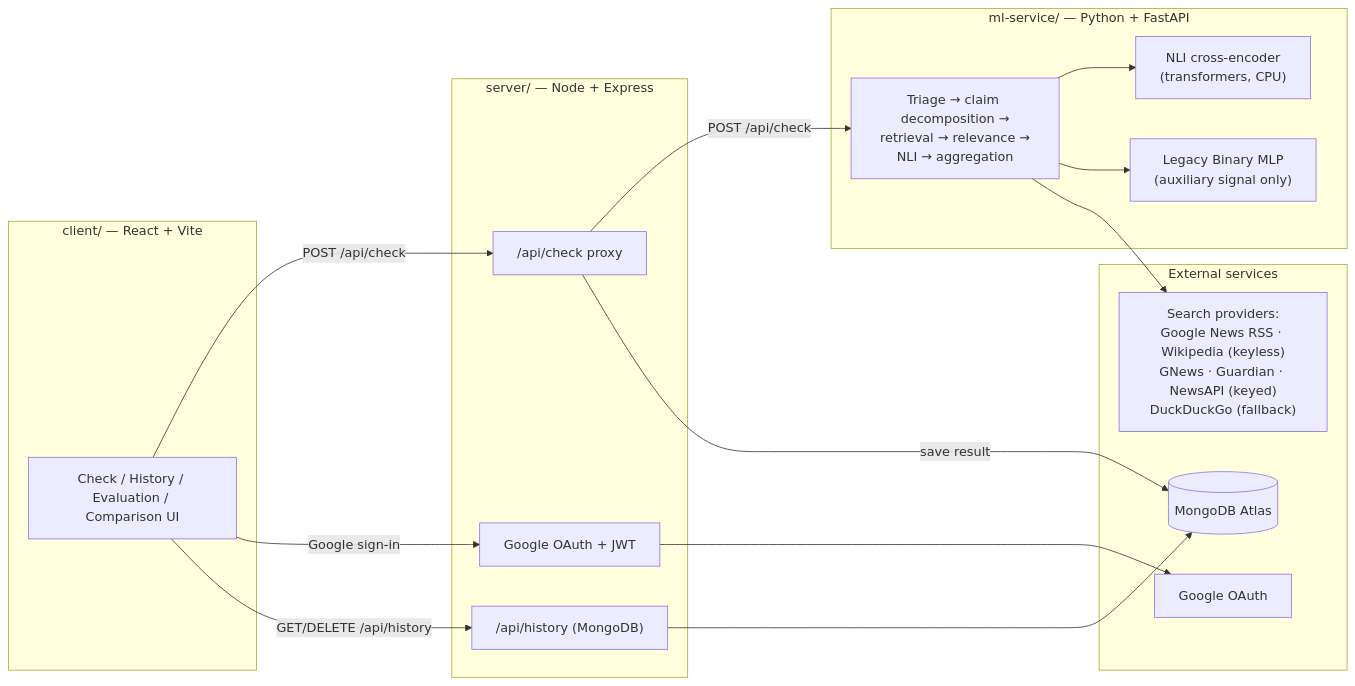
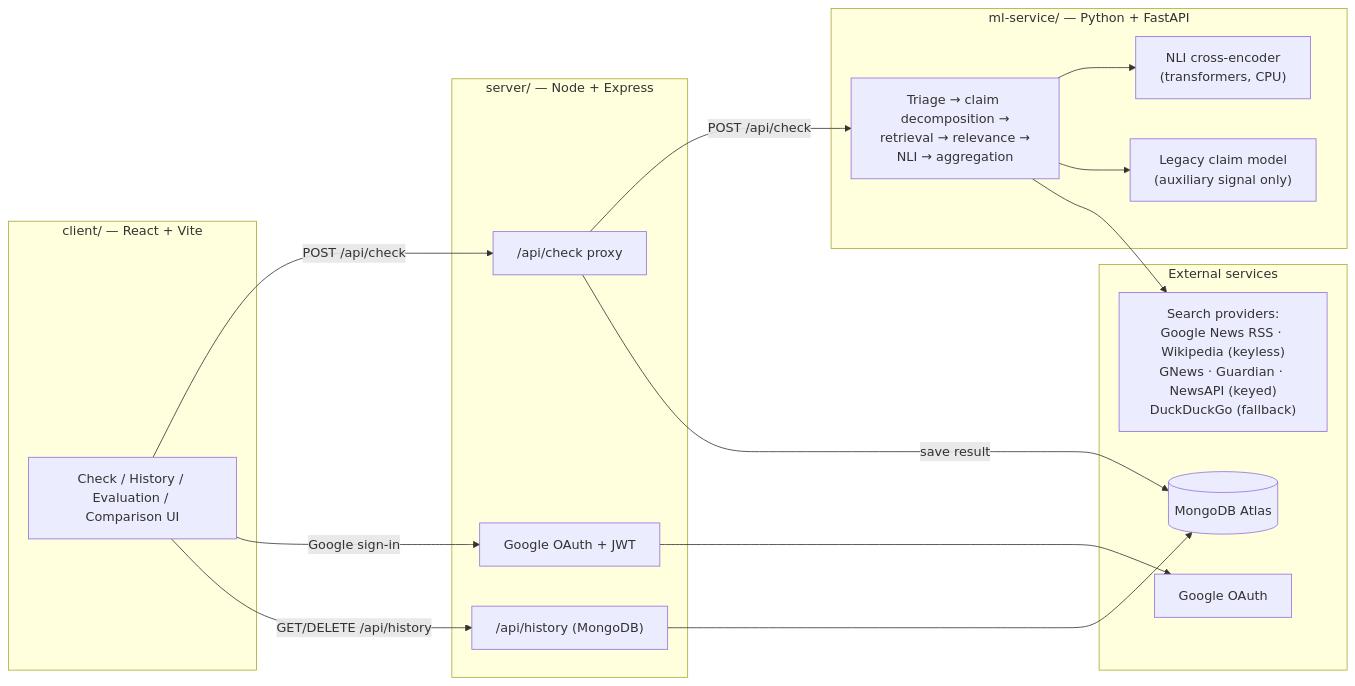
The first of 2 diagrams in README.md (Shoaib1M/News-Checker), drawn with Mermaid before and after one commit. The commit also changed other lines of this file and 16 other files, not shown here.

````diff
--- a/README.md
+++ b/README.md
@@ -100,32 +100,32 @@
 ```mermaid
 flowchart LR
     subgraph Client["client/ — React + Vite"]
         UI[Check / History / Evaluation / Comparison UI]
     end
     subgraph Server["server/ — Node + Express"]
         Auth["Google OAuth + JWT"]
         Proxy["/api/check proxy"]
         History["/api/history (MongoDB)"]
     end
     subgraph ML["ml-service/ — Python + FastAPI"]
         Pipeline["Triage → claim decomposition →<br/>retrieval → relevance →<br/>NLI → aggregation"]
         NLIModel["NLI cross-encoder<br/>(transformers, CPU)"]
-        Legacy["Legacy Binary MLP<br/>(auxiliary signal only)"]
+        Legacy["Legacy claim model<br/>(auxiliary signal only)"]
     end
     subgraph External["External services"]
         Mongo[(MongoDB Atlas)]
         Google[Google OAuth]
         News["Search providers:<br/>Google News RSS · Wikipedia (keyless)<br/>GNews · Guardian · NewsAPI (keyed)<br/>DuckDuckGo (fallback)"]
     end
 
     UI -->|"POST /api/check"| Proxy
     UI -->|"Google sign-in"| Auth
     UI -->|"GET/DELETE /api/history"| History
     Auth --> Google
     History --> Mongo
     Proxy -->|"POST /api/check"| Pipeline
     Proxy -->|save result| Mongo
     Pipeline --> NLIModel
     Pipeline --> Legacy
     Pipeline --> News
 ```
````
